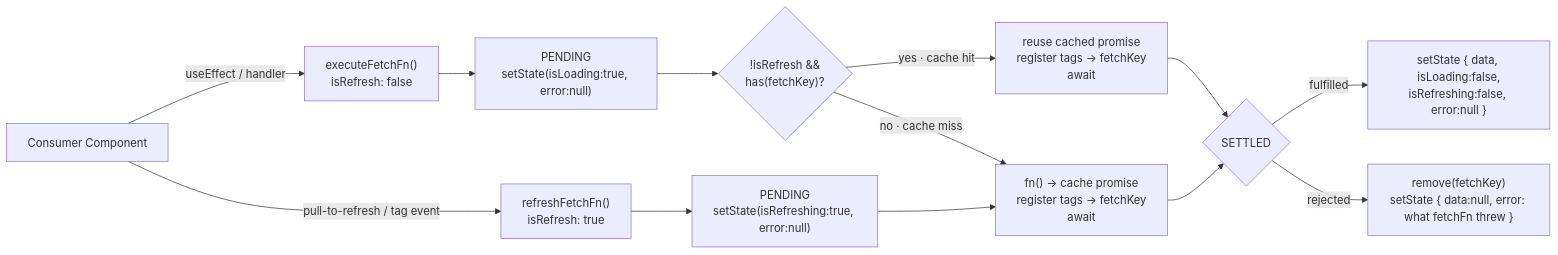
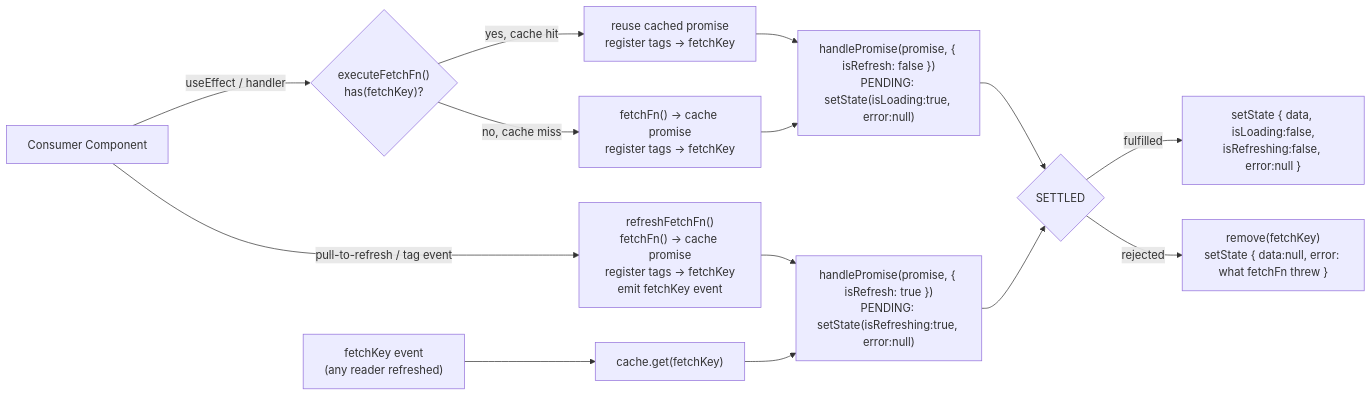
The first of 4 diagrams in docs/architecture/USE-FETCH-FN-FLOW.md (chuhaiphu/fetchwire), drawn with Mermaid before and after one commit. The commit also changed other lines of this file and 11 other files, not shown here.

First line of the commit message:
fix: a refresh updates every reader of its fetchKey, and an invalidation sends one request per fetchKey

````diff
--- a/docs/architecture/USE-FETCH-FN-FLOW.md
+++ b/docs/architecture/USE-FETCH-FN-FLOW.md
@@ -27,18 +29,19 @@
 ```mermaid
 flowchart LR
-    Cmp["Consumer Component"] -->|"useEffect / handler"| EXE["executeFetchFn()<br/>isRefresh: false"]
-    Cmp -->|"pull-to-refresh / tag event"| REF["refreshFetchFn()<br/>isRefresh: true"]
+    Cmp["Consumer Component"] -->|"useEffect / handler"| EXE{"executeFetchFn()<br/>has(fetchKey)?"}
+    Cmp -->|"pull-to-refresh / tag event"| REF["refreshFetchFn()<br/>fetchFn() → cache promise<br/>register tags → fetchKey<br/>emit fetchKey event"]
+    EV["fetchKey event<br/>(any reader refreshed)"] --> FOL["cache.get(fetchKey)"]
 
-    EXE --> PE["PENDING<br/>setState(isLoading:true, error:null)"]
-    REF --> PR["PENDING<br/>setState(isRefreshing:true, error:null)"]
+    EXE -->|"yes, cache hit"| CACHED["reuse cached promise<br/>register tags → fetchKey"]
+    EXE -->|"no, cache miss"| FRESH["fetchFn() → cache promise<br/>register tags → fetchKey"]
 
-    PE --> BR{"!isRefresh &&<br/>has(fetchKey)?"}
-    PR --> FRESH
-    BR -->|"yes · cache hit"| CACHED["reuse cached promise<br/>register tags → fetchKey<br/>await"]
-    BR -->|"no · cache miss"| FRESH["fn() → cache promise<br/>register tags → fetchKey<br/>await"]
+    CACHED --> PE["handlePromise(promise, { isRefresh: false })<br/>PENDING: setState(isLoading:true, error:null)"]
+    FRESH --> PE
+    REF --> PR["handlePromise(promise, { isRefresh: true })<br/>PENDING: setState(isRefreshing:true, error:null)"]
+    FOL --> PR
 
-    CACHED --> S{"SETTLED"}
-    FRESH --> S
+    PE --> S{"SETTLED"}
+    PR --> S
     S -->|"fulfilled"| OKS["setState { data, isLoading:false,<br/>isRefreshing:false, error:null }"]
     S -->|"rejected"| ERRS["remove(fetchKey)<br/>setState { data:null, error: what fetchFn threw }"]
 ```
````
